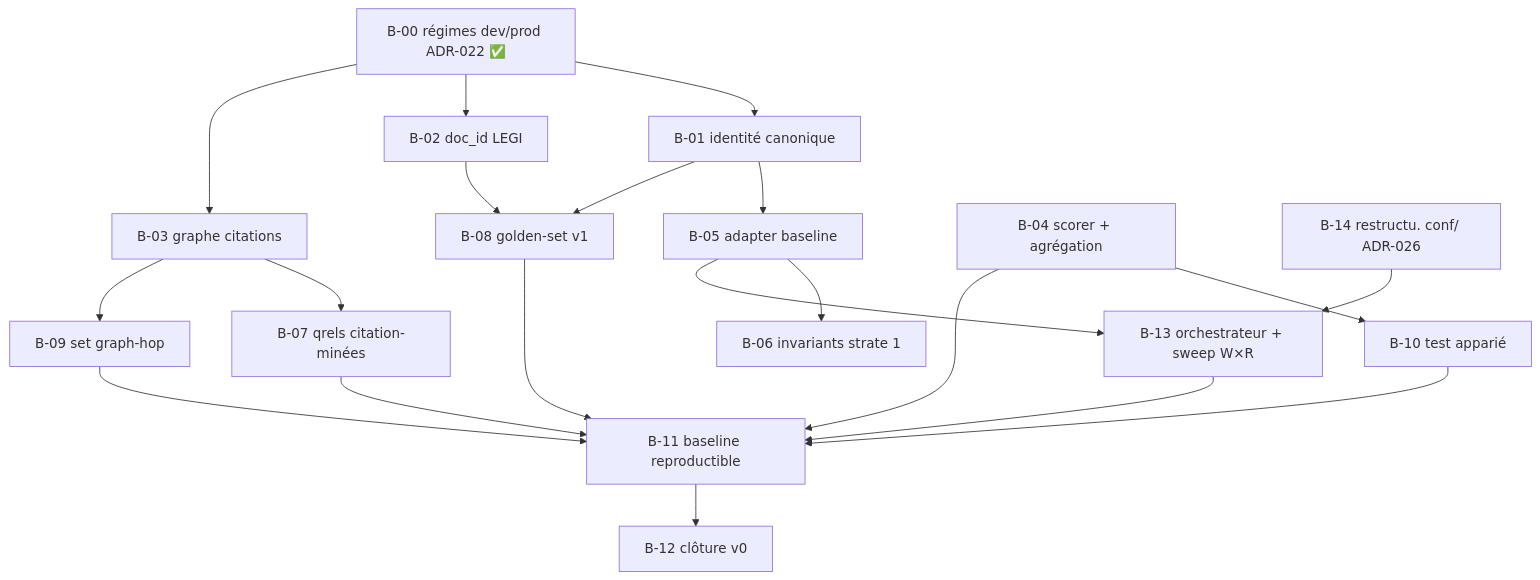
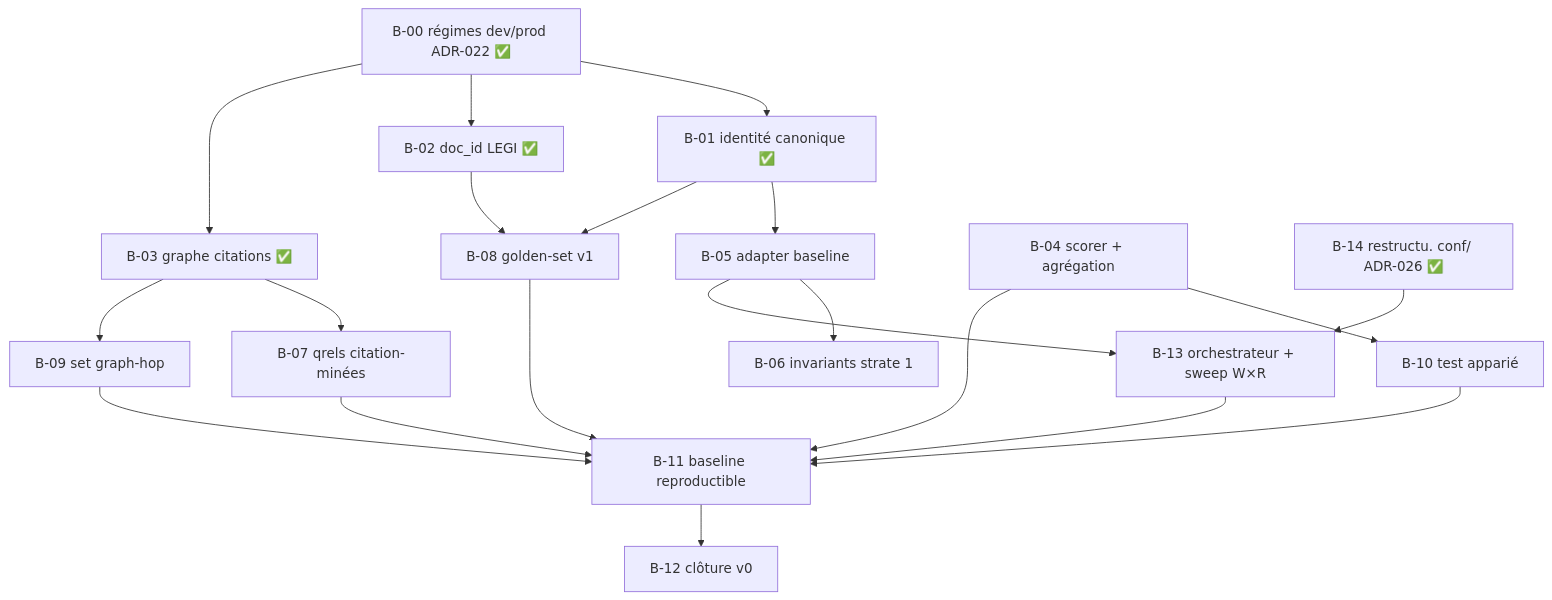
The diagram in docs/pilotage/BACKLOG.md (nmoutou/murphy), drawn with Mermaid before and after one commit. The commit also changed other lines of this file and 6 other files, not shown here.

````diff
--- a/docs/pilotage/BACKLOG.md
+++ b/docs/pilotage/BACKLOG.md
@@ -65,22 +65,22 @@
 ```mermaid
 flowchart TD
-    B00[B-00 régimes dev/prod ADR-022 ✅] --> B01[B-01 identité canonique]
-    B00 --> B02[B-02 doc_id LEGI]
+    B00[B-00 régimes dev/prod ADR-022 ✅] --> B01[B-01 identité canonique ✅]
+    B00 --> B02[B-02 doc_id LEGI ✅]
     B00 --> B03
     B01 --> B05[B-05 adapter baseline]
     B01 --> B08[B-08 golden-set v1]
     B02 --> B08
-    B03[B-03 graphe citations] --> B07[B-07 qrels citation-minées]
+    B03[B-03 graphe citations ✅] --> B07[B-07 qrels citation-minées]
     B03 --> B09[B-09 set graph-hop]
     B04[B-04 scorer + agrégation] --> B10[B-10 test apparié]
     B04 --> B11[B-11 baseline reproductible]
     B05 --> B06[B-06 invariants strate 1]
     B05 --> B13[B-13 orchestrateur + sweep W×R]
-    B14[B-14 restructu. conf/ ADR-026] --> B13
+    B14[B-14 restructu. conf/ ADR-026 ✅] --> B13
     B07 --> B11
     B08 --> B11
     B09 --> B11
     B10 --> B11
     B13 --> B11
     B11 --> B12[B-12 clôture v0]
 ```
````
